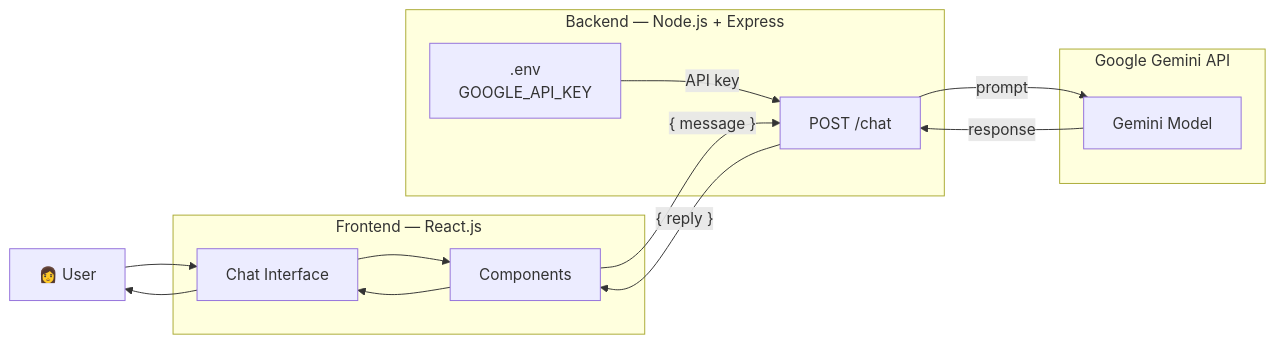
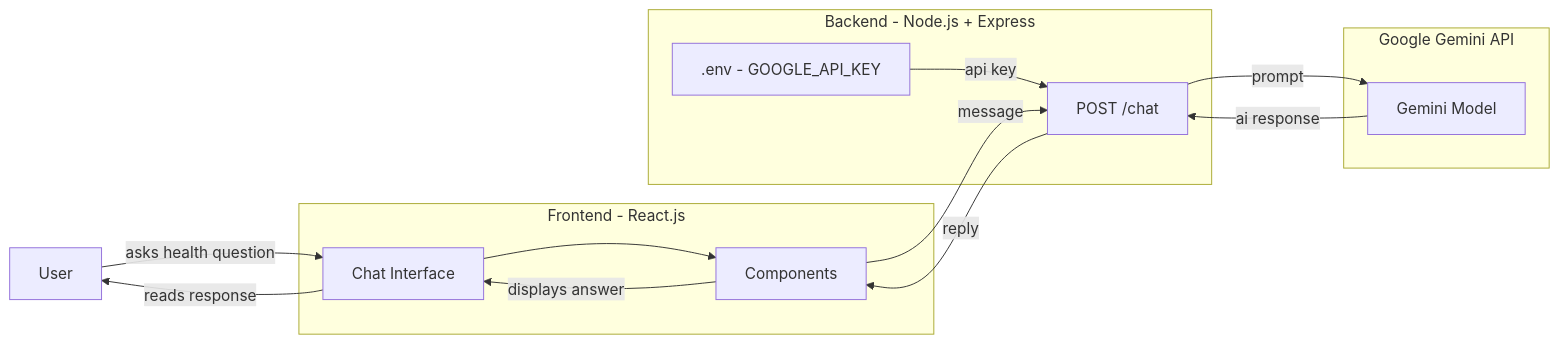
Before and after one commit to sandhya144/Feminine-Bot: the first of 3 diagrams in README.md, drawn with Mermaid. The commit also changed other lines of this file, not shown here.

````diff
--- a/README.md
+++ b/README.md
@@ -104,28 +103,28 @@
 ```mermaid
 graph LR
-    User["👩 User"]
+    User["User"]
 
-    subgraph FRONTEND["Frontend — React.js"]
+    subgraph FRONTEND["Frontend - React.js"]
         UI["Chat Interface"]
         COMP["Components"]
     end
 
-    subgraph BACKEND["Backend — Node.js + Express"]
+    subgraph BACKEND["Backend - Node.js + Express"]
         API["POST /chat"]
-        ENV[".env\nGOOGLE_API_KEY"]
+        ENV[".env - GOOGLE_API_KEY"]
     end
 
     subgraph GEMINI["Google Gemini API"]
         MODEL["Gemini Model"]
     end
 
-    User --> UI
+    User -->|"asks health question"| UI
     UI --> COMP
-    COMP -->|"{ message }"| API
-    ENV -->|"API key"| API
+    COMP -->|"message"| API
+    ENV -->|"api key"| API
     API -->|"prompt"| MODEL
-    MODEL -->|"response"| API
-    API -->|"{ reply }"| COMP
-    COMP --> UI
-    UI --> User
+    MODEL -->|"ai response"| API
+    API -->|"reply"| COMP
+    COMP -->|"displays answer"| UI
+    UI -->|"reads response"| User
 ```
````
